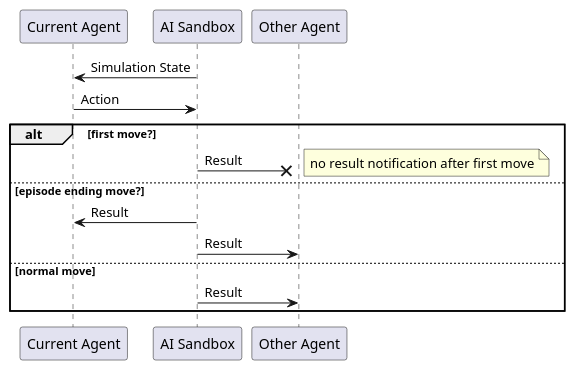
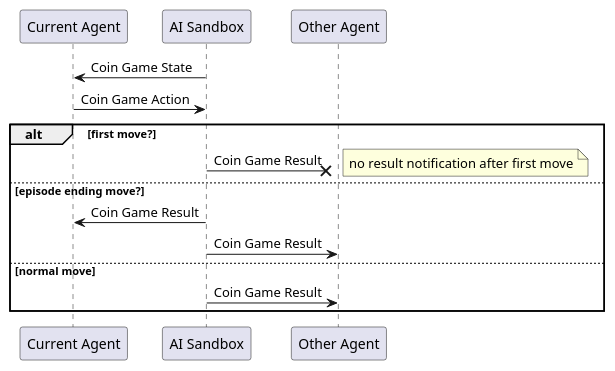
The diagram in documentation/simulations/CoinGame/seq.puml (graham-evans/AISandbox-Server), drawn with PlantUML before and after one commit. The commit also changed 1 other file, not shown here.

Commit message:
update sequence diagram

```diff
--- a/documentation/simulations/CoinGame/seq.puml
+++ b/documentation/simulations/CoinGame/seq.puml
@@ -1,25 +1,25 @@
 @startuml
 'https://plantuml.com/sequence-diagram
 
 participant "Current Agent" as c1
 participant "AI Sandbox" as server
 participant "Other Agent" as c2
 
-c1 <- server : Simulation State
-c1 -> server : Action
+c1 <- server : Coin Game State
+c1 -> server : Coin Game Action
 
 alt first move?
-  server ->x c2 : Result
+  server ->x c2 : Coin Game Result
   note right: no result notification after first move
 else episode ending move?
-    server -> c1 : Result
-    server -> c2 : Result
+    server -> c1 : Coin Game Result
+    server -> c2 : Coin Game Result
 else normal move
-    server -> c2 : Result
+    server -> c2 : Coin Game Result
 end
 
 
 
 
 
 @enduml
```
